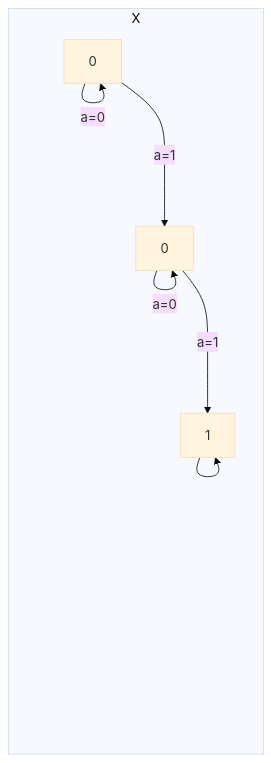
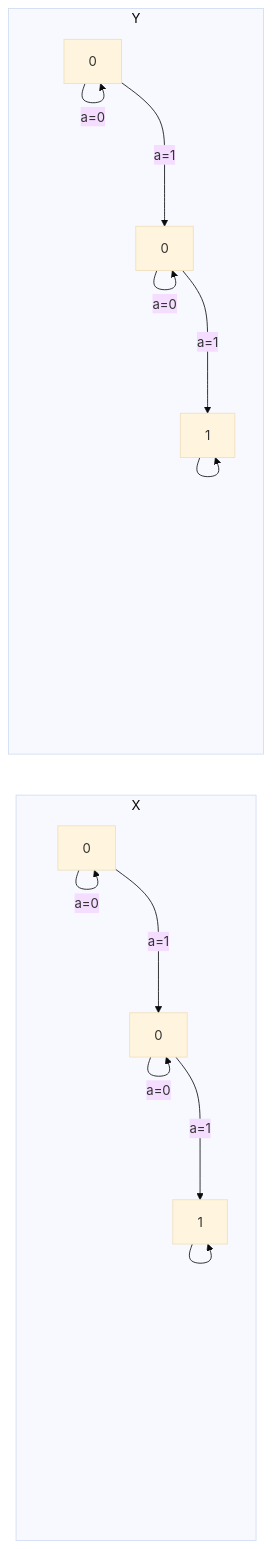
Before and after one commit to tnichols217/notes: the diagram in CSDS 281 - Logic Design/HW/8/Tables.md, drawn with Mermaid (base theme).

Commit message:
vault backup: 2024-04-03 21:56:54

````diff
--- a/CSDS 281 - Logic Design/HW/8/Tables.md
+++ b/CSDS 281 - Logic Design/HW/8/Tables.md
@@ -1,10 +1,17 @@
 ```mermaid
 flowchart LR
 subgraph X
+01x[0] --->|a=0| 01x
+01x --->|a=1| 02x[0]
+02x --->|a=0| 02x
+02x --->|a=1| 1x[1]
+1x ---> 1x
+end
+subgraph Y
 01[0] --->|a=0| 01
 01 --->|a=1| 02[0]
 02 --->|a=0| 02
 02 --->|a=1| 1
 1 ---> 1
 end
 ```
````
